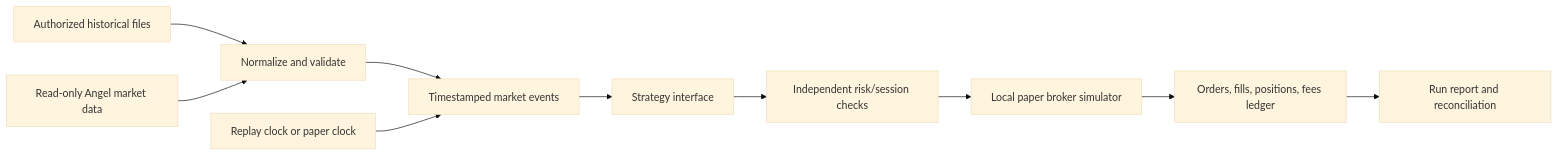
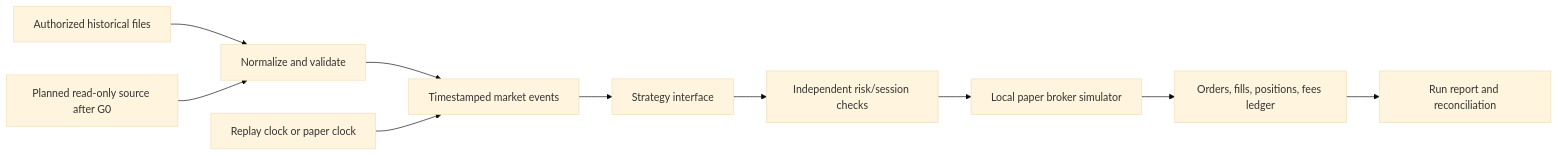
The diagram in research/systems/PAPER-TRADING-BACKTESTING-ROADMAP.md (Mscient/Intra), drawn with Mermaid (base theme) before and after one commit. The commit also changed other lines of this file and 314 other files, not shown here.

````diff
--- a/research/systems/PAPER-TRADING-BACKTESTING-ROADMAP.md
+++ b/research/systems/PAPER-TRADING-BACKTESTING-ROADMAP.md
@@ -47,12 +47,12 @@
 ```mermaid
 flowchart LR
     H[Authorized historical files] --> N[Normalize and validate]
-    W[Read-only Angel market data] --> N
+    W[Planned read-only source after G0] --> N
     N --> E[Timestamped market events]
     T[Replay clock or paper clock] --> E
     E --> S[Strategy interface]
     S --> R[Independent risk/session checks]
     R --> P[Local paper broker simulator]
     P --> L[Orders, fills, positions, fees ledger]
     L --> Q[Run report and reconciliation]
 ```
````
